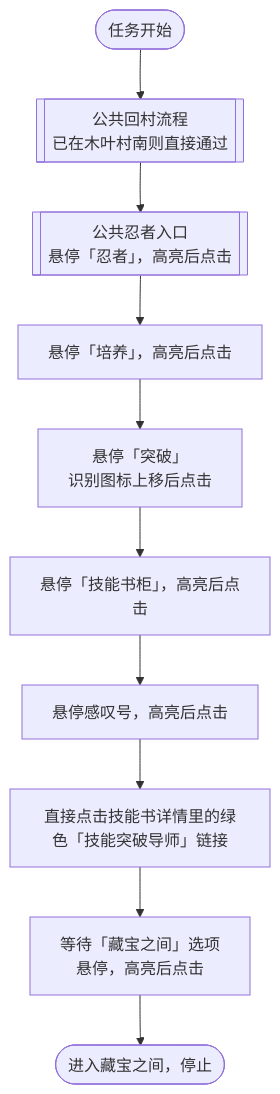
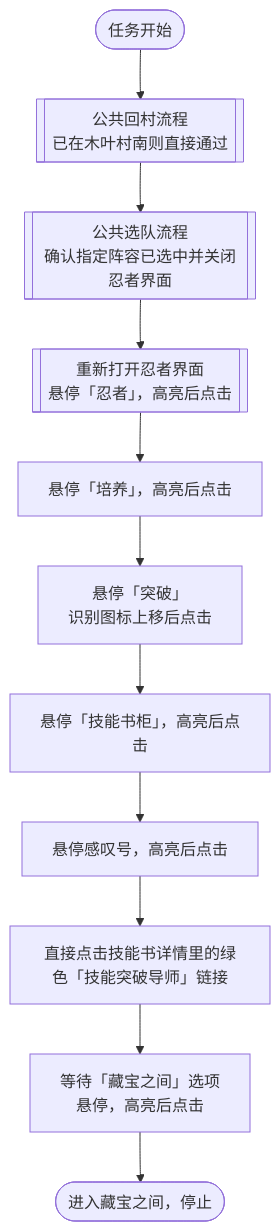
One commit to ArcherSore/MaaNOP changed the diagram in docs/zh_cn/流程图/藏宝之间.md. Above: the diagram before and after it, drawn with Mermaid. The commit also changed other lines of this file and 2 other files, not shown here.

````diff
--- a/docs/zh_cn/流程图/藏宝之间.md
+++ b/docs/zh_cn/流程图/藏宝之间.md
@@ -9,12 +9,13 @@
 ```mermaid
 flowchart TD
     Start([任务开始]) --> Return[["公共回村流程<br/>已在木叶村南则直接通过"]]
-    Return --> Ninja[["公共忍者入口<br/>悬停「忍者」，高亮后点击"]]
+    Return --> Team[["公共选队流程<br/>确认指定阵容已选中并关闭忍者界面"]]
+    Team --> Ninja[["重新打开忍者界面<br/>悬停「忍者」，高亮后点击"]]
     Ninja --> Cultivate["悬停「培养」，高亮后点击"]
     Cultivate --> Breakthrough["悬停「突破」<br/>识别图标上移后点击"]
     Breakthrough --> Cabinet["悬停「技能书柜」，高亮后点击"]
     Cabinet --> BookInfo["悬停感叹号，高亮后点击"]
     BookInfo --> Mentor["直接点击技能书详情里的绿色「技能突破导师」链接"]
     Mentor --> Treasure["等待「藏宝之间」选项<br/>悬停，高亮后点击"]
     Treasure --> Done([进入藏宝之间，停止])
 ```
````
